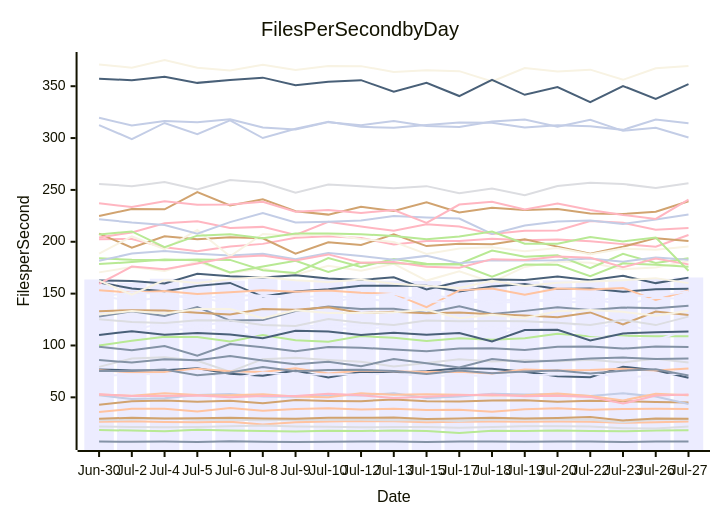
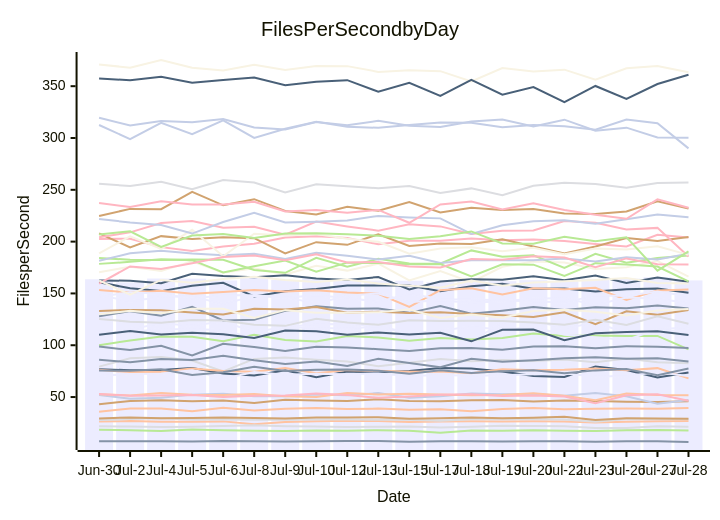
One commit to streetsidesoftware/cspell changed the diagram in perf-report.md. Above: the diagram before and after it, drawn with Mermaid. The commit also changed other lines of this file and 1 other file, not shown here.

````diff
--- a/perf-report.md
+++ b/perf-report.md
@@ -10,57 +10,57 @@
 ```mermaid
 xychart-beta
     title Files Per Second by Day
     y-axis Files per Second
-    x-axis Date [Jun-30, Jul-2, Jul-4, Jul-5, Jul-6, Jul-8, Jul-9, Jul-10, Jul-12, Jul-13, Jul-15, Jul-17, Jul-18, Jul-19, Jul-20, Jul-22, Jul-23, Jul-26, Jul-27]
-    bar [163.65, 160.66, 164.38, 164.27, 162.48, 164.83, 163.05, 164.68, 163.19, 162.43, 162.24, 160.81, 162.11, 161.80, 162.84, 161.83, 163.82, 164.32, 165.56]
-    line [7.37, 7.23, 7.36, 6.99, 7.61, 7.24, 7.01, 7.27, 7.49, 7.49, 6.93, 7.35, 7.41, 7.13, 7.42, 7.37, 6.94, 7.34, 7.37]
-    line [26.35, 26.84, 26.11, 26.06, 26.52, 23.76, 25.86, 26.61, 27.13, 26.83, 25.90, 26.40, 26.69, 26.50, 26.68, 26.34, 25.46, 26.08, 26.71]
-    line [27.82, 28.74, 29.48, 28.36, 28.34, 27.98, 28.10, 28.43, 28.38, 28.02, 28.20, 27.23, 28.58, 28.56, 28.51, 28.41, 26.08, 28.71, 28.53]
-    line [18.49, 17.94, 17.30, 18.64, 18.07, 17.45, 17.16, 17.77, 17.48, 17.96, 17.52, 15.60, 17.77, 17.44, 17.98, 17.51, 17.20, 17.96, 18.17]
-    line [42.95, 46.17, 47.03, 45.86, 46.70, 44.23, 47.36, 46.58, 46.27, 47.99, 46.18, 45.89, 46.88, 47.09, 45.82, 46.71, 46.24, 45.49, 45.13]
-    line [52.00, 48.43, 49.22, 52.34, 53.26, 50.86, 50.66, 52.36, 51.79, 53.82, 49.25, 50.85, 53.53, 52.69, 53.02, 51.19, 53.86, 50.78, 43.58]
-    line [202.54, 202.72, 194.67, 190.86, 195.33, 197.97, 203.94, 205.22, 203.61, 197.40, 200.74, 200.72, 202.94, 201.36, 202.08, 200.55, 197.73, 195.25, 206.51]
-    line [160.69, 154.94, 152.23, 157.47, 160.32, 147.14, 152.12, 154.25, 157.55, 157.57, 157.54, 152.05, 156.89, 159.37, 154.51, 154.84, 151.75, 154.10, 154.75]
-    line [170.49, 175.75, 171.75, 180.95, 169.97, 174.21, 168.28, 176.77, 172.02, 178.72, 162.59, 171.56, 160.94, 175.73, 180.87, 179.86, 173.49, 175.22, 181.17]
-    line [109.29, 115.47, 121.09, 119.06, 122.86, 112.77, 117.49, 120.30, 120.41, 118.48, 111.84, 112.66, 103.82, 121.72, 123.96, 116.30, 121.57, 112.16, 111.54]
-    line [127.99, 132.91, 128.52, 136.97, 123.97, 124.67, 133.15, 137.66, 135.26, 135.39, 131.25, 137.83, 130.35, 133.37, 136.93, 134.10, 136.61, 135.79, 138.26]
-    line [52.69, 51.50, 53.98, 52.25, 52.09, 53.03, 50.88, 50.01, 53.83, 52.41, 53.08, 52.40, 51.77, 52.01, 53.58, 51.27, 46.96, 53.48, 52.00]
-    line [79.34, 87.51, 88.59, 85.26, 74.62, 86.80, 88.24, 86.00, 84.39, 79.74, 83.17, 86.61, 84.55, 85.67, 84.70, 86.32, 83.67, 87.12, 83.64]
-    line [99.90, 104.63, 108.43, 108.27, 103.96, 110.20, 105.06, 103.60, 109.02, 107.38, 104.33, 107.04, 105.42, 107.07, 111.31, 108.98, 109.47, 108.84, 109.00]
-    line [133.08, 134.05, 133.73, 131.56, 129.78, 135.18, 134.44, 136.88, 131.27, 132.43, 131.04, 131.83, 130.19, 128.92, 127.23, 131.88, 120.40, 132.81, 129.34]
-    line [312.54, 298.93, 314.56, 303.69, 317.11, 300.01, 308.91, 315.76, 310.85, 309.84, 312.53, 315.03, 314.69, 310.30, 312.46, 311.42, 307.91, 317.83, 314.26]
-    line [53.06, 51.19, 51.40, 51.86, 50.10, 51.21, 51.39, 53.37, 51.98, 49.24, 50.53, 52.10, 52.76, 51.07, 51.44, 50.43, 43.97, 51.67, 52.73]
-    line [76.89, 75.88, 76.09, 78.08, 72.78, 70.79, 75.77, 69.10, 74.66, 73.66, 75.08, 77.97, 77.53, 74.65, 70.42, 69.35, 79.56, 76.05, 68.90]
-    line [129.95, 133.16, 130.87, 135.23, 135.13, 126.22, 133.87, 131.35, 131.34, 131.95, 134.40, 126.35, 129.62, 126.47, 133.10, 134.27, 132.41, 128.75, 133.45]
-    line [111.22, 113.18, 115.07, 115.63, 114.45, 106.87, 117.37, 116.66, 116.21, 118.14, 111.02, 114.16, 117.75, 114.86, 117.38, 110.16, 107.68, 105.10, 115.28]
-    line [98.76, 95.34, 99.55, 90.07, 101.41, 98.21, 94.52, 98.50, 97.78, 96.17, 94.33, 97.04, 97.24, 95.75, 98.78, 99.06, 97.00, 99.07, 98.61]
-    line [76.23, 74.07, 74.35, 77.62, 75.07, 74.46, 78.13, 73.01, 75.98, 75.26, 74.39, 74.57, 72.87, 76.84, 75.79, 76.25, 77.55, 75.81, 77.91]
-    line [21.90, 21.51, 21.13, 21.43, 22.00, 22.72, 21.87, 21.57, 21.20, 21.36, 21.51, 20.58, 21.30, 22.19, 22.10, 21.88, 20.15, 20.04, 21.91]
-    line [184.14, 182.56, 182.17, 182.82, 182.50, 172.62, 169.88, 184.28, 175.71, 183.39, 178.90, 178.60, 191.51, 185.47, 186.89, 174.56, 188.32, 179.58, 184.08]
-    line [207.89, 194.40, 205.29, 202.49, 204.26, 203.31, 188.55, 199.47, 196.87, 207.15, 195.83, 198.09, 197.68, 202.31, 195.34, 188.56, 195.30, 203.49, 200.63]
-    line [181.62, 188.67, 191.18, 188.53, 186.82, 188.38, 183.25, 189.14, 186.31, 182.67, 186.39, 179.31, 182.07, 181.92, 182.11, 183.75, 180.78, 184.81, 182.65]
-    line [204.16, 208.94, 217.94, 219.88, 213.33, 214.36, 206.61, 219.33, 214.62, 210.58, 216.81, 214.69, 207.39, 210.58, 210.83, 219.91, 218.25, 211.67, 213.25]
-    line [162.55, 162.26, 159.82, 169.05, 166.75, 165.64, 167.61, 164.48, 163.07, 165.84, 153.93, 161.48, 163.65, 163.25, 166.55, 162.82, 167.25, 160.14, 165.42]
-    line [188.60, 205.11, 192.90, 211.35, 185.93, 207.58, 205.87, 207.35, 202.66, 199.84, 188.27, 193.42, 194.63, 190.82, 194.01, 187.89, 193.41, 192.42, 195.47]
-    line [70.54, 72.17, 72.40, 75.76, 67.72, 74.05, 71.58, 72.37, 72.08, 72.80, 70.30, 71.38, 70.52, 71.04, 71.91, 72.70, 69.86, 70.37, 73.91]
-    line [75.51, 75.45, 76.79, 71.21, 73.99, 79.33, 75.23, 76.27, 76.63, 75.41, 72.48, 75.77, 73.22, 74.96, 75.84, 73.04, 75.74, 77.07, 71.05]
-    line [153.26, 150.82, 152.56, 149.61, 151.37, 153.34, 151.79, 153.10, 150.91, 149.71, 136.98, 153.14, 154.96, 149.05, 154.95, 153.94, 155.48, 143.79, 152.94]
-    line [125.39, 122.70, 121.73, 124.30, 123.97, 119.80, 118.70, 125.49, 121.97, 119.76, 124.17, 123.39, 123.52, 123.46, 121.92, 119.72, 124.69, 119.65, 127.83]
-    line [178.52, 180.47, 182.90, 182.10, 170.31, 176.15, 181.65, 170.98, 179.72, 179.37, 178.07, 178.35, 166.36, 178.14, 177.77, 166.91, 179.23, 177.92, 175.97]
-    line [29.25, 30.37, 29.62, 29.89, 30.35, 29.68, 29.34, 30.24, 30.35, 30.53, 29.15, 29.59, 30.29, 29.57, 30.13, 31.01, 27.77, 29.48, 29.26]
-    line [221.76, 218.49, 216.06, 207.77, 218.95, 227.80, 218.56, 219.23, 220.42, 224.78, 223.29, 222.43, 207.49, 215.75, 219.62, 220.62, 217.24, 221.48, 226.19]
-    line [159.53, 176.05, 173.54, 179.14, 185.15, 186.71, 181.92, 187.82, 179.82, 180.43, 176.01, 174.98, 183.26, 182.49, 185.76, 184.64, 175.39, 183.80, 178.20]
-    line [110.15, 113.68, 110.37, 111.97, 110.64, 106.95, 114.12, 113.53, 110.15, 112.38, 110.43, 112.10, 103.78, 114.93, 115.08, 104.93, 111.58, 112.75, 113.47]
-    line [370.89, 367.90, 375.27, 367.85, 365.20, 370.59, 365.59, 369.56, 369.35, 363.79, 365.39, 364.51, 354.54, 367.49, 364.21, 365.97, 356.16, 367.24, 369.57]
-    line [146.87, 151.06, 149.73, 144.88, 148.36, 148.23, 146.43, 140.41, 147.84, 149.86, 141.85, 143.07, 141.02, 142.51, 144.87, 145.54, 138.82, 146.01, 144.90]
-    line [86.02, 83.48, 86.69, 85.83, 89.91, 85.41, 81.93, 84.31, 79.99, 86.85, 82.81, 78.74, 86.89, 84.13, 85.63, 87.55, 88.29, 86.90, 87.47]
-    line [35.86, 38.94, 38.99, 36.38, 39.71, 37.09, 38.73, 39.43, 38.35, 38.90, 37.77, 38.11, 36.22, 38.46, 39.54, 38.13, 38.75, 38.94, 38.82]
-    line [255.76, 253.64, 257.67, 250.47, 259.54, 257.07, 247.35, 255.25, 253.55, 251.59, 253.64, 246.87, 251.37, 244.82, 253.83, 256.85, 255.68, 251.95, 256.48]
-    line [206.96, 210.00, 194.85, 205.89, 207.36, 203.52, 207.94, 208.03, 207.20, 205.62, 202.48, 205.11, 209.83, 198.16, 198.05, 204.69, 200.38, 204.18, 172.00]
-    line [224.78, 231.59, 231.28, 247.94, 235.03, 240.95, 229.51, 226.18, 233.66, 229.73, 238.10, 228.16, 232.72, 230.57, 231.48, 227.16, 226.70, 229.01, 239.01]
-    line [319.52, 312.08, 316.35, 315.20, 318.22, 310.11, 308.24, 315.35, 312.26, 316.54, 311.74, 310.63, 315.98, 317.85, 311.01, 317.69, 306.96, 309.97, 300.54]
-    line [237.23, 233.45, 238.97, 235.75, 235.89, 238.48, 229.00, 230.57, 227.85, 230.59, 218.19, 235.84, 238.63, 231.13, 236.94, 230.60, 225.84, 222.04, 240.74]
-    line [357.30, 355.80, 359.03, 353.22, 355.88, 358.26, 350.93, 354.34, 355.82, 344.62, 353.27, 340.52, 356.06, 341.72, 349.11, 334.55, 350.21, 337.72, 352.09]
-    line [162.47, 148.90, 163.02, 160.27, 163.84, 166.09, 162.99, 161.12, 163.50, 159.47, 157.31, 155.54, 162.49, 157.44, 160.47, 161.66, 162.86, 164.94, 160.13]
-    line [148.34, 142.33, 146.88, 147.38, 139.67, 147.61, 146.15, 148.02, 145.81, 141.78, 149.87, 144.29, 144.20, 143.50, 142.28, 141.37, 147.86, 147.77, 151.94]
+    x-axis Date [Jun-30, Jul-2, Jul-4, Jul-5, Jul-6, Jul-8, Jul-9, Jul-10, Jul-12, Jul-13, Jul-15, Jul-17, Jul-18, Jul-19, Jul-20, Jul-22, Jul-23, Jul-26, Jul-27, Jul-28]
+    bar [163.65, 160.66, 164.38, 164.27, 162.48, 164.83, 163.05, 164.68, 163.19, 162.43, 162.24, 160.81, 162.11, 161.80, 162.84, 161.83, 163.82, 164.32, 165.56, 162.55]
+    line [7.37, 7.23, 7.36, 6.99, 7.61, 7.24, 7.01, 7.27, 7.49, 7.49, 6.93, 7.35, 7.41, 7.13, 7.42, 7.37, 6.94, 7.34, 7.37, 6.62]
+    line [26.35, 26.84, 26.11, 26.06, 26.52, 23.76, 25.86, 26.61, 27.13, 26.83, 25.90, 26.40, 26.69, 26.50, 26.68, 26.34, 25.46, 26.08, 26.71, 26.98]
+    line [27.82, 28.74, 29.48, 28.36, 28.34, 27.98, 28.10, 28.43, 28.38, 28.02, 28.20, 27.23, 28.58, 28.56, 28.51, 28.41, 26.08, 28.71, 28.53, 28.56]
+    line [18.49, 17.94, 17.30, 18.64, 18.07, 17.45, 17.16, 17.77, 17.48, 17.96, 17.52, 15.60, 17.77, 17.44, 17.98, 17.51, 17.20, 17.96, 18.17, 17.67]
+    line [42.95, 46.17, 47.03, 45.86, 46.70, 44.23, 47.36, 46.58, 46.27, 47.99, 46.18, 45.89, 46.88, 47.09, 45.82, 46.71, 46.24, 45.49, 45.13, 45.94]
+    line [52.00, 48.43, 49.22, 52.34, 53.26, 50.86, 50.66, 52.36, 51.79, 53.82, 49.25, 50.85, 53.53, 52.69, 53.02, 51.19, 53.86, 50.78, 43.58, 47.06]
+    line [202.54, 202.72, 194.67, 190.86, 195.33, 197.97, 203.94, 205.22, 203.61, 197.40, 200.74, 200.72, 202.94, 201.36, 202.08, 200.55, 197.73, 195.25, 206.51, 204.03]
+    line [160.69, 154.94, 152.23, 157.47, 160.32, 147.14, 152.12, 154.25, 157.55, 157.57, 157.54, 152.05, 156.89, 159.37, 154.51, 154.84, 151.75, 154.10, 154.75, 150.75]
+    line [170.49, 175.75, 171.75, 180.95, 169.97, 174.21, 168.28, 176.77, 172.02, 178.72, 162.59, 171.56, 160.94, 175.73, 180.87, 179.86, 173.49, 175.22, 181.17, 166.29]
+    line [109.29, 115.47, 121.09, 119.06, 122.86, 112.77, 117.49, 120.30, 120.41, 118.48, 111.84, 112.66, 103.82, 121.72, 123.96, 116.30, 121.57, 112.16, 111.54, 116.14]
+    line [127.99, 132.91, 128.52, 136.97, 123.97, 124.67, 133.15, 137.66, 135.26, 135.39, 131.25, 137.83, 130.35, 133.37, 136.93, 134.10, 136.61, 135.79, 138.26, 135.57]
+    line [52.69, 51.50, 53.98, 52.25, 52.09, 53.03, 50.88, 50.01, 53.83, 52.41, 53.08, 52.40, 51.77, 52.01, 53.58, 51.27, 46.96, 53.48, 52.00, 51.65]
+    line [79.34, 87.51, 88.59, 85.26, 74.62, 86.80, 88.24, 86.00, 84.39, 79.74, 83.17, 86.61, 84.55, 85.67, 84.70, 86.32, 83.67, 87.12, 83.64, 82.58]
+    line [99.90, 104.63, 108.43, 108.27, 103.96, 110.20, 105.06, 103.60, 109.02, 107.38, 104.33, 107.04, 105.42, 107.07, 111.31, 108.98, 109.47, 108.84, 109.00, 95.94]
+    line [133.08, 134.05, 133.73, 131.56, 129.78, 135.18, 134.44, 136.88, 131.27, 132.43, 131.04, 131.83, 130.19, 128.92, 127.23, 131.88, 120.40, 132.81, 129.34, 133.97]
+    line [312.54, 298.93, 314.56, 303.69, 317.11, 300.01, 308.91, 315.76, 310.85, 309.84, 312.53, 315.03, 314.69, 310.30, 312.46, 311.42, 307.91, 317.83, 314.26, 289.97]
+    line [53.06, 51.19, 51.40, 51.86, 50.10, 51.21, 51.39, 53.37, 51.98, 49.24, 50.53, 52.10, 52.76, 51.07, 51.44, 50.43, 43.97, 51.67, 52.73, 46.52]
+    line [76.89, 75.88, 76.09, 78.08, 72.78, 70.79, 75.77, 69.10, 74.66, 73.66, 75.08, 77.97, 77.53, 74.65, 70.42, 69.35, 79.56, 76.05, 68.90, 73.77]
+    line [129.95, 133.16, 130.87, 135.23, 135.13, 126.22, 133.87, 131.35, 131.34, 131.95, 134.40, 126.35, 129.62, 126.47, 133.10, 134.27, 132.41, 128.75, 133.45, 135.04]
+    line [111.22, 113.18, 115.07, 115.63, 114.45, 106.87, 117.37, 116.66, 116.21, 118.14, 111.02, 114.16, 117.75, 114.86, 117.38, 110.16, 107.68, 105.10, 115.28, 117.30]
+    line [98.76, 95.34, 99.55, 90.07, 101.41, 98.21, 94.52, 98.50, 97.78, 96.17, 94.33, 97.04, 97.24, 95.75, 98.78, 99.06, 97.00, 99.07, 98.61, 97.42]
+    line [76.23, 74.07, 74.35, 77.62, 75.07, 74.46, 78.13, 73.01, 75.98, 75.26, 74.39, 74.57, 72.87, 76.84, 75.79, 76.25, 77.55, 75.81, 77.91, 68.05]
+    line [21.90, 21.51, 21.13, 21.43, 22.00, 22.72, 21.87, 21.57, 21.20, 21.36, 21.51, 20.58, 21.30, 22.19, 22.10, 21.88, 20.15, 20.04, 21.91, 21.31]
+    line [184.14, 182.56, 182.17, 182.82, 182.50, 172.62, 169.88, 184.28, 175.71, 183.39, 178.90, 178.60, 191.51, 185.47, 186.89, 174.56, 188.32, 179.58, 184.08, 186.53]
+    line [207.89, 194.40, 205.29, 202.49, 204.26, 203.31, 188.55, 199.47, 196.87, 207.15, 195.83, 198.09, 197.68, 202.31, 195.34, 188.56, 195.30, 203.49, 200.63, 204.54]
+    line [181.62, 188.67, 191.18, 188.53, 186.82, 188.38, 183.25, 189.14, 186.31, 182.67, 186.39, 179.31, 182.07, 181.92, 182.11, 183.75, 180.78, 184.81, 182.65, 188.37]
+    line [204.16, 208.94, 217.94, 219.88, 213.33, 214.36, 206.61, 219.33, 214.62, 210.58, 216.81, 214.69, 207.39, 210.58, 210.83, 219.91, 218.25, 211.67, 213.25, 185.65]
+    line [162.55, 162.26, 159.82, 169.05, 166.75, 165.64, 167.61, 164.48, 163.07, 165.84, 153.93, 161.48, 163.65, 163.25, 166.55, 162.82, 167.25, 160.14, 165.42, 161.19]
+    line [188.60, 205.11, 192.90, 211.35, 185.93, 207.58, 205.87, 207.35, 202.66, 199.84, 188.27, 193.42, 194.63, 190.82, 194.01, 187.89, 193.41, 192.42, 195.47, 187.19]
+    line [70.54, 72.17, 72.40, 75.76, 67.72, 74.05, 71.58, 72.37, 72.08, 72.80, 70.30, 71.38, 70.52, 71.04, 71.91, 72.70, 69.86, 70.37, 73.91, 70.30]
+    line [75.51, 75.45, 76.79, 71.21, 73.99, 79.33, 75.23, 76.27, 76.63, 75.41, 72.48, 75.77, 73.22, 74.96, 75.84, 73.04, 75.74, 77.07, 71.05, 77.49]
+    line [153.26, 150.82, 152.56, 149.61, 151.37, 153.34, 151.79, 153.10, 150.91, 149.71, 136.98, 153.14, 154.96, 149.05, 154.95, 153.94, 155.48, 143.79, 152.94, 153.75]
+    line [125.39, 122.70, 121.73, 124.30, 123.97, 119.80, 118.70, 125.49, 121.97, 119.76, 124.17, 123.39, 123.52, 123.46, 121.92, 119.72, 124.69, 119.65, 127.83, 120.71]
+    line [178.52, 180.47, 182.90, 182.10, 170.31, 176.15, 181.65, 170.98, 179.72, 179.37, 178.07, 178.35, 166.36, 178.14, 177.77, 166.91, 179.23, 177.92, 175.97, 161.59]
+    line [29.25, 30.37, 29.62, 29.89, 30.35, 29.68, 29.34, 30.24, 30.35, 30.53, 29.15, 29.59, 30.29, 29.57, 30.13, 31.01, 27.77, 29.48, 29.26, 29.06]
+    line [221.76, 218.49, 216.06, 207.77, 218.95, 227.80, 218.56, 219.23, 220.42, 224.78, 223.29, 222.43, 207.49, 215.75, 219.62, 220.62, 217.24, 221.48, 226.19, 223.44]
+    line [159.53, 176.05, 173.54, 179.14, 185.15, 186.71, 181.92, 187.82, 179.82, 180.43, 176.01, 174.98, 183.26, 182.49, 185.76, 184.64, 175.39, 183.80, 178.20, 177.82]
+    line [110.15, 113.68, 110.37, 111.97, 110.64, 106.95, 114.12, 113.53, 110.15, 112.38, 110.43, 112.10, 103.78, 114.93, 115.08, 104.93, 111.58, 112.75, 113.47, 109.84]
+    line [370.89, 367.90, 375.27, 367.85, 365.20, 370.59, 365.59, 369.56, 369.35, 363.79, 365.39, 364.51, 354.54, 367.49, 364.21, 365.97, 356.16, 367.24, 369.57, 363.41]
+    line [146.87, 151.06, 149.73, 144.88, 148.36, 148.23, 146.43, 140.41, 147.84, 149.86, 141.85, 143.07, 141.02, 142.51, 144.87, 145.54, 138.82, 146.01, 144.90, 140.82]
+    line [86.02, 83.48, 86.69, 85.83, 89.91, 85.41, 81.93, 84.31, 79.99, 86.85, 82.81, 78.74, 86.89, 84.13, 85.63, 87.55, 88.29, 86.90, 87.47, 84.26]
+    line [35.86, 38.94, 38.99, 36.38, 39.71, 37.09, 38.73, 39.43, 38.35, 38.90, 37.77, 38.11, 36.22, 38.46, 39.54, 38.13, 38.75, 38.94, 38.82, 39.51]
+    line [255.76, 253.64, 257.67, 250.47, 259.54, 257.07, 247.35, 255.25, 253.55, 251.59, 253.64, 246.87, 251.37, 244.82, 253.83, 256.85, 255.68, 251.95, 256.48, 257.08]
+    line [206.96, 210.00, 194.85, 205.89, 207.36, 203.52, 207.94, 208.03, 207.20, 205.62, 202.48, 205.11, 209.83, 198.16, 198.05, 204.69, 200.38, 204.18, 172.00, 190.59]
+    line [224.78, 231.59, 231.28, 247.94, 235.03, 240.95, 229.51, 226.18, 233.66, 229.73, 238.10, 228.16, 232.72, 230.57, 231.48, 227.16, 226.70, 229.01, 239.01, 232.02]
+    line [319.52, 312.08, 316.35, 315.20, 318.22, 310.11, 308.24, 315.35, 312.26, 316.54, 311.74, 310.63, 315.98, 317.85, 311.01, 317.69, 306.96, 309.97, 300.54, 300.28]
+    line [237.23, 233.45, 238.97, 235.75, 235.89, 238.48, 229.00, 230.57, 227.85, 230.59, 218.19, 235.84, 238.63, 231.13, 236.94, 230.60, 225.84, 222.04, 240.74, 232.71]
+    line [357.30, 355.80, 359.03, 353.22, 355.88, 358.26, 350.93, 354.34, 355.82, 344.62, 353.27, 340.52, 356.06, 341.72, 349.11, 334.55, 350.21, 337.72, 352.09, 361.09]
+    line [162.47, 148.90, 163.02, 160.27, 163.84, 166.09, 162.99, 161.12, 163.50, 159.47, 157.31, 155.54, 162.49, 157.44, 160.47, 161.66, 162.86, 164.94, 160.13, 159.49]
+    line [148.34, 142.33, 146.88, 147.38, 139.67, 147.61, 146.15, 148.02, 145.81, 141.78, 149.87, 144.29, 144.20, 143.50, 142.28, 141.37, 147.86, 147.77, 151.94, 147.31]
 ```
````
